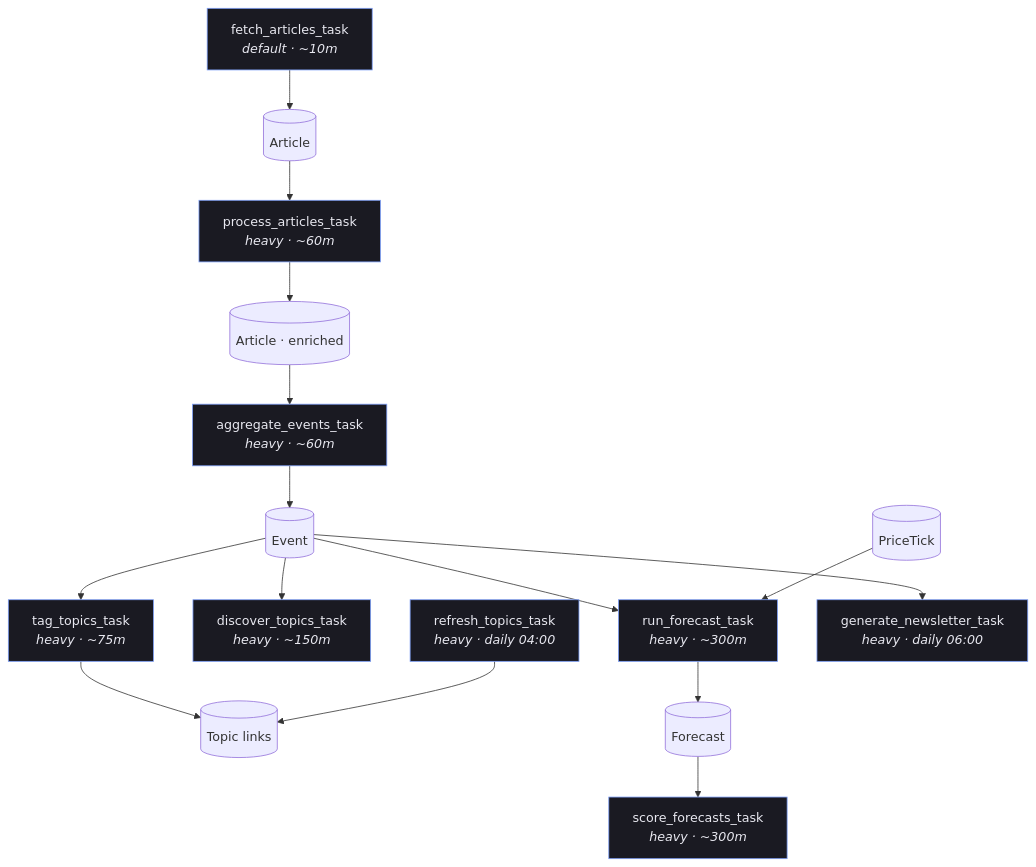
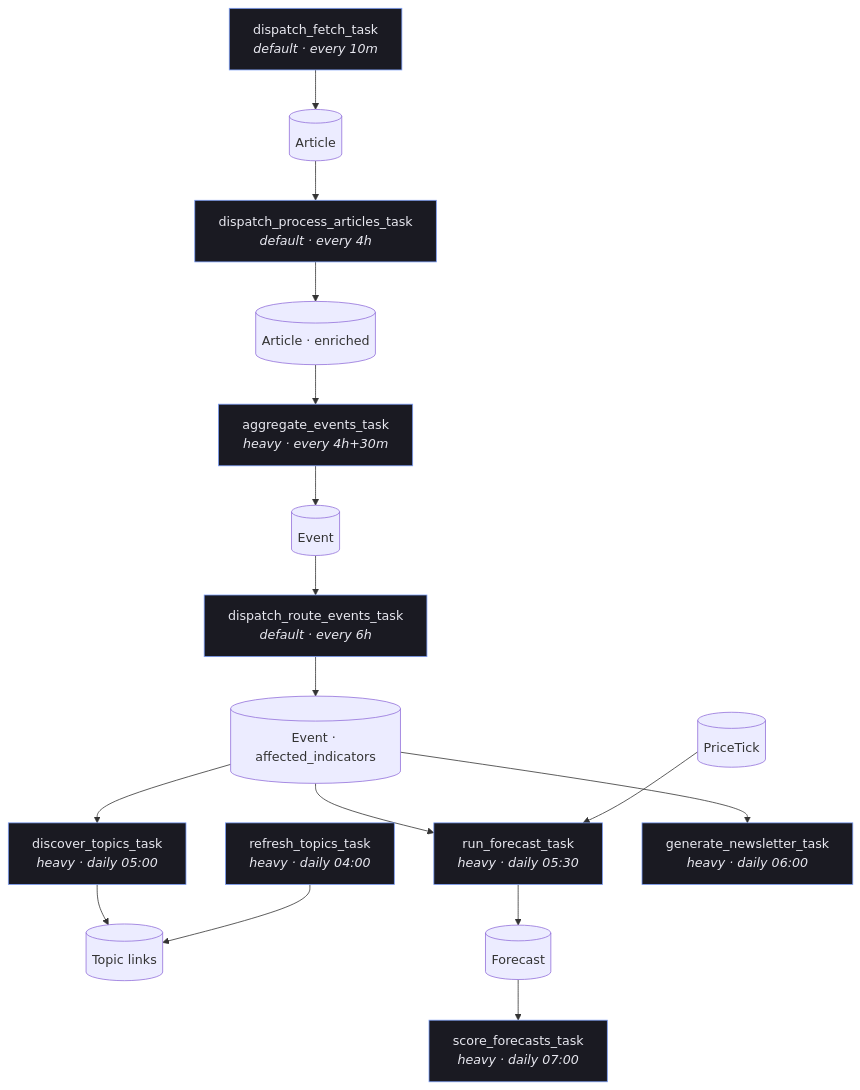
The first of 2 diagrams in docs/pipeline.md (jameelhamdan/event-horizon), drawn with Mermaid before and after one commit. The commit also changed other lines of this file and 28 other files, not shown here.

````diff
--- a/docs/pipeline.md
+++ b/docs/pipeline.md
@@ -15,20 +15,21 @@
 ```mermaid
 flowchart TD
-    F["fetch_articles_task<br/><i>default · ~10m</i>"] --> A1[(Article)]
-    A1 --> P["process_articles_task<br/><i>heavy · ~60m</i>"]
+    F["dispatch_fetch_task<br/><i>default · every 10m</i>"] --> A1[(Article)]
+    A1 --> P["dispatch_process_articles_task<br/><i>default · every 4h</i>"]
     P --> A2[(Article · enriched)]
-    A2 --> AG["aggregate_events_task<br/><i>heavy · ~60m</i>"]
+    A2 --> AG["aggregate_events_task<br/><i>heavy · every 4h+30m</i>"]
     AG --> E[(Event)]
-    E --> TT["tag_topics_task<br/><i>heavy · ~75m</i>"]
-    E --> DT["discover_topics_task<br/><i>heavy · ~150m</i>"]
-    TT --> T[(Topic links)]
+    E --> RE["dispatch_route_events_task<br/><i>default · every 6h</i>"]
+    RE --> EI[(Event · affected_indicators)]
+    EI --> DT["discover_topics_task<br/><i>heavy · daily 05:00</i>"]
+    DT --> T[(Topic links)]
     RT["refresh_topics_task<br/><i>heavy · daily 04:00</i>"] --> T
-    E --> RF["run_forecast_task<br/><i>heavy · ~300m</i>"]
+    EI --> RF["run_forecast_task<br/><i>heavy · daily 05:30</i>"]
     PT[(PriceTick)] --> RF
     RF --> FC[(Forecast)]
-    FC --> SF["score_forecasts_task<br/><i>heavy · ~300m</i>"]
-    E --> GN["generate_newsletter_task<br/><i>heavy · daily 06:00</i>"]
+    FC --> SF["score_forecasts_task<br/><i>heavy · daily 07:00</i>"]
+    EI --> GN["generate_newsletter_task<br/><i>heavy · daily 06:00</i>"]
 
     classDef q fill:#1a1a22,stroke:#7c9ef8,color:#e8e8f0;
-    class F,P,AG,TT,DT,RT,RF,SF,GN q;
+    class F,P,AG,RE,DT,RT,RF,SF,GN q;
 ```
````
